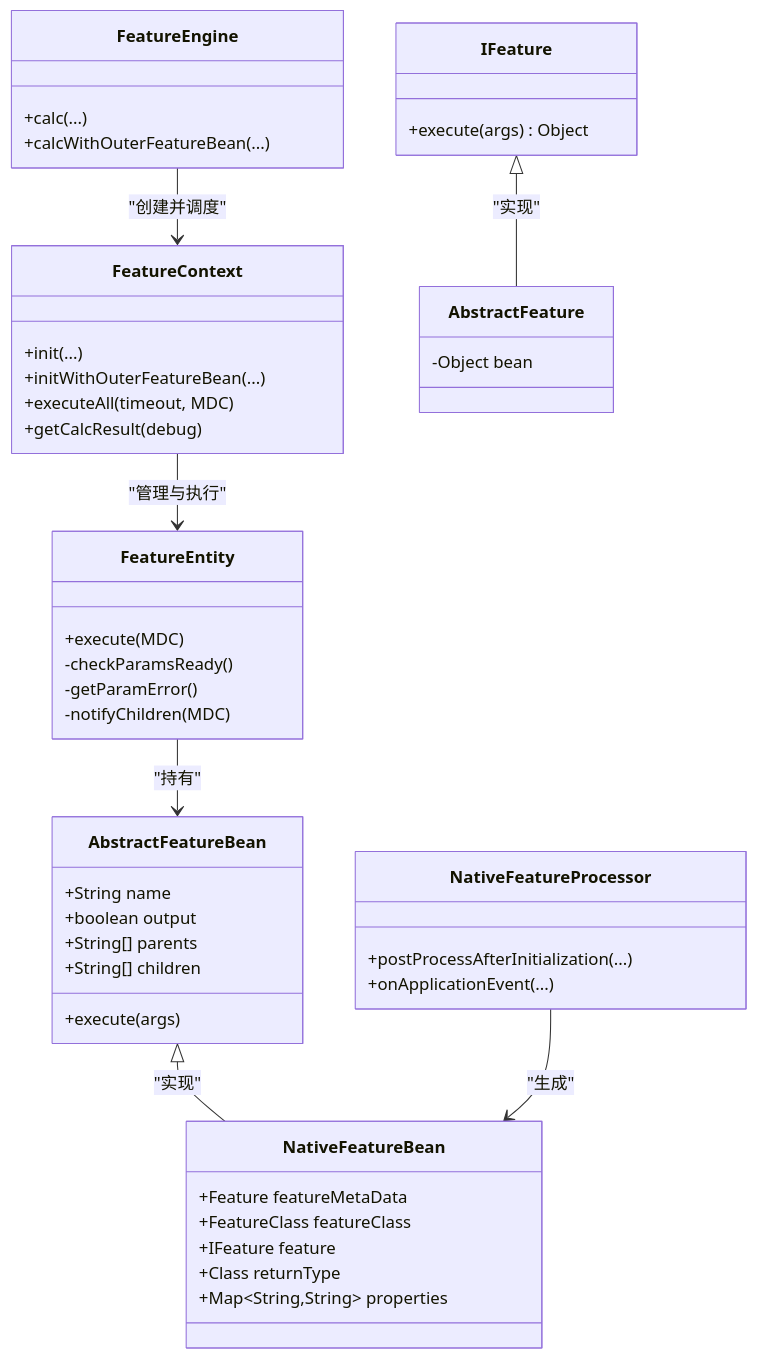
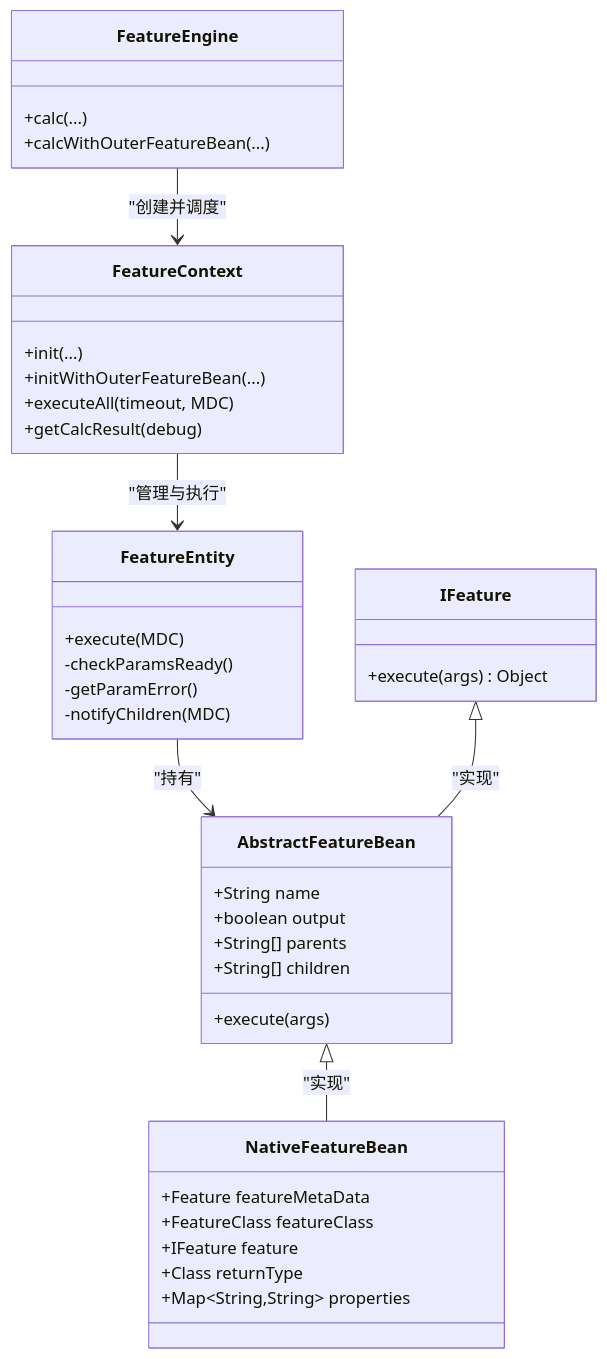
The third of 3 diagrams in .qoder/repowiki/zh/content/API参考/API参考.md (txzhanghuan/feature), drawn with Mermaid before and after one commit. The commit also changed other lines of this file and 48 other files, not shown here.

````diff
--- a/.qoder/repowiki/zh/content/API参考/API参考.md
+++ b/.qoder/repowiki/zh/content/API参考/API参考.md
@@ -277,49 +330,41 @@
 ```mermaid
 classDiagram
 class FeatureEngine {
 +calc(...)
 +calcWithOuterFeatureBean(...)
 }
 class FeatureContext {
 +init(...)
 +initWithOuterFeatureBean(...)
 +executeAll(timeout, MDC)
 +getCalcResult(debug)
 }
 class FeatureEntity {
 +execute(MDC)
 -checkParamsReady()
 -getParamError()
 -notifyChildren(MDC)
 }
 class AbstractFeatureBean {
 +String name
 +boolean output
 +String[] parents
 +String[] children
 +execute(args)
 }
 class NativeFeatureBean {
 +Feature featureMetaData
 +FeatureClass featureClass
 +IFeature feature
 +Class returnType
 +Map~String,String~ properties
 }
 class IFeature {
 +execute(args) Object
 }
-class AbstractFeature {
--Object bean
-}
-class NativeFeatureProcessor {
-+postProcessAfterInitialization(...)
-+onApplicationEvent(...)
-}
 FeatureEngine --> FeatureContext : "创建并调度"
 FeatureContext --> FeatureEntity : "管理与执行"
 FeatureEntity --> AbstractFeatureBean : "持有"
 AbstractFeatureBean <|-- NativeFeatureBean : "实现"
-IFeature <|-- AbstractFeature : "实现"
-NativeFeatureProcessor --> NativeFeatureBean : "生成"
+IFeature <|-- AbstractFeatureBean : "实现"
 ```
````
